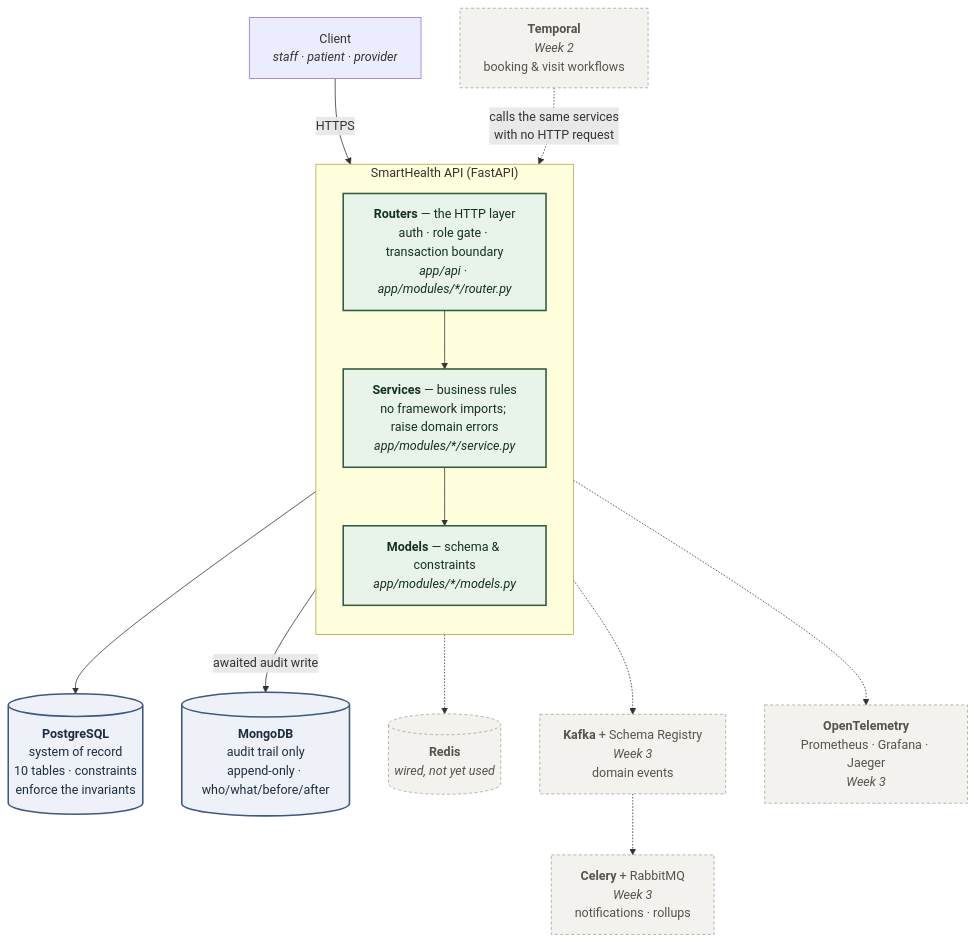
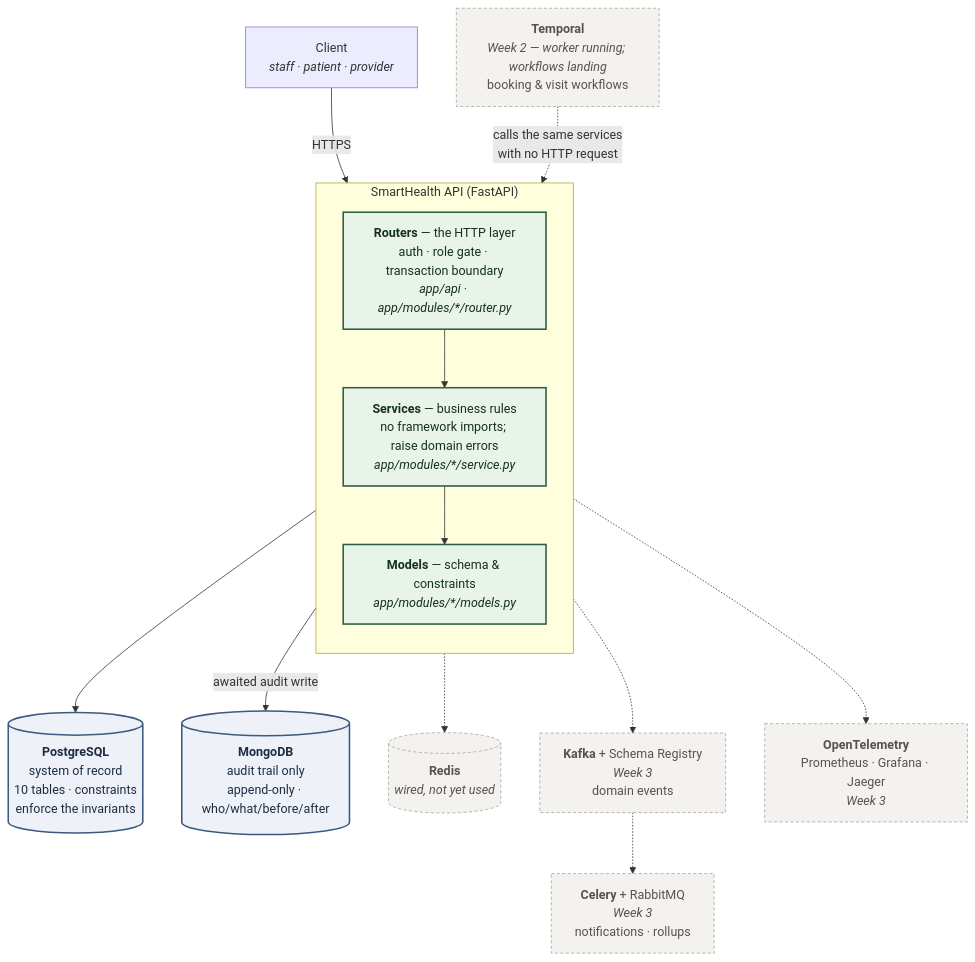
One commit to sadainiqrar/smarthealth changed the first of 3 diagrams in README.md. Above: the diagram before and after it, drawn with Mermaid. The commit also changed other lines of this file and 3 other files, not shown here.

First line of the commit message:
docs: record the Temporal worker and the harness requirements it satisfies

````diff
--- a/README.md
+++ b/README.md
@@ -25,38 +25,38 @@
 ```mermaid
 flowchart TB
     client["Client<br/><i>staff · patient · provider</i>"]
 
     subgraph app["SmartHealth API (FastAPI)"]
         direction TB
         routers["<b>Routers</b> — the HTTP layer<br/>auth · role gate · transaction boundary<br/><i>app/api · app/modules/*/router.py</i>"]
         services["<b>Services</b> — business rules<br/>no framework imports; raise domain errors<br/><i>app/modules/*/service.py</i>"]
         models["<b>Models</b> — schema &amp; constraints<br/><i>app/modules/*/models.py</i>"]
         routers --> services --> models
     end
 
     pg[("<b>PostgreSQL</b><br/>system of record<br/>10 tables · constraints<br/>enforce the invariants")]
     mongo[("<b>MongoDB</b><br/>audit trail only<br/>append-only · who/what/before/after")]
     redis[("<b>Redis</b><br/><i>wired, not yet used</i>")]
 
-    temporal["<b>Temporal</b><br/><i>Week 2</i><br/>booking &amp; visit workflows"]
+    temporal["<b>Temporal</b><br/><i>Week 2 — worker running; workflows landing</i><br/>booking &amp; visit workflows"]
     kafka["<b>Kafka</b> + Schema Registry<br/><i>Week 3</i><br/>domain events"]
     celery["<b>Celery</b> + RabbitMQ<br/><i>Week 3</i><br/>notifications · rollups"]
     otel["<b>OpenTelemetry</b><br/>Prometheus · Grafana · Jaeger<br/><i>Week 3</i>"]
 
     client -->|HTTPS| routers
     models --> pg
     services -->|awaited audit write| mongo
     app -.-> redis
 
     temporal -.->|"calls the same services<br/>with no HTTP request"| services
     services -.-> kafka
     kafka -.-> celery
     app -.-> otel
 
     classDef done fill:#e8f4ea,stroke:#2f5d3f,stroke-width:2px,color:#14301f
     classDef todo fill:#f4f2ee,stroke:#a9a49a,stroke-width:1px,stroke-dasharray:4 3,color:#55534e
     classDef store fill:#eef2f8,stroke:#3c5a80,stroke-width:2px,color:#1d2c40
     class routers,services,models done
     class pg,mongo store
     class redis,temporal,kafka,celery,otel todo
 ```
````
